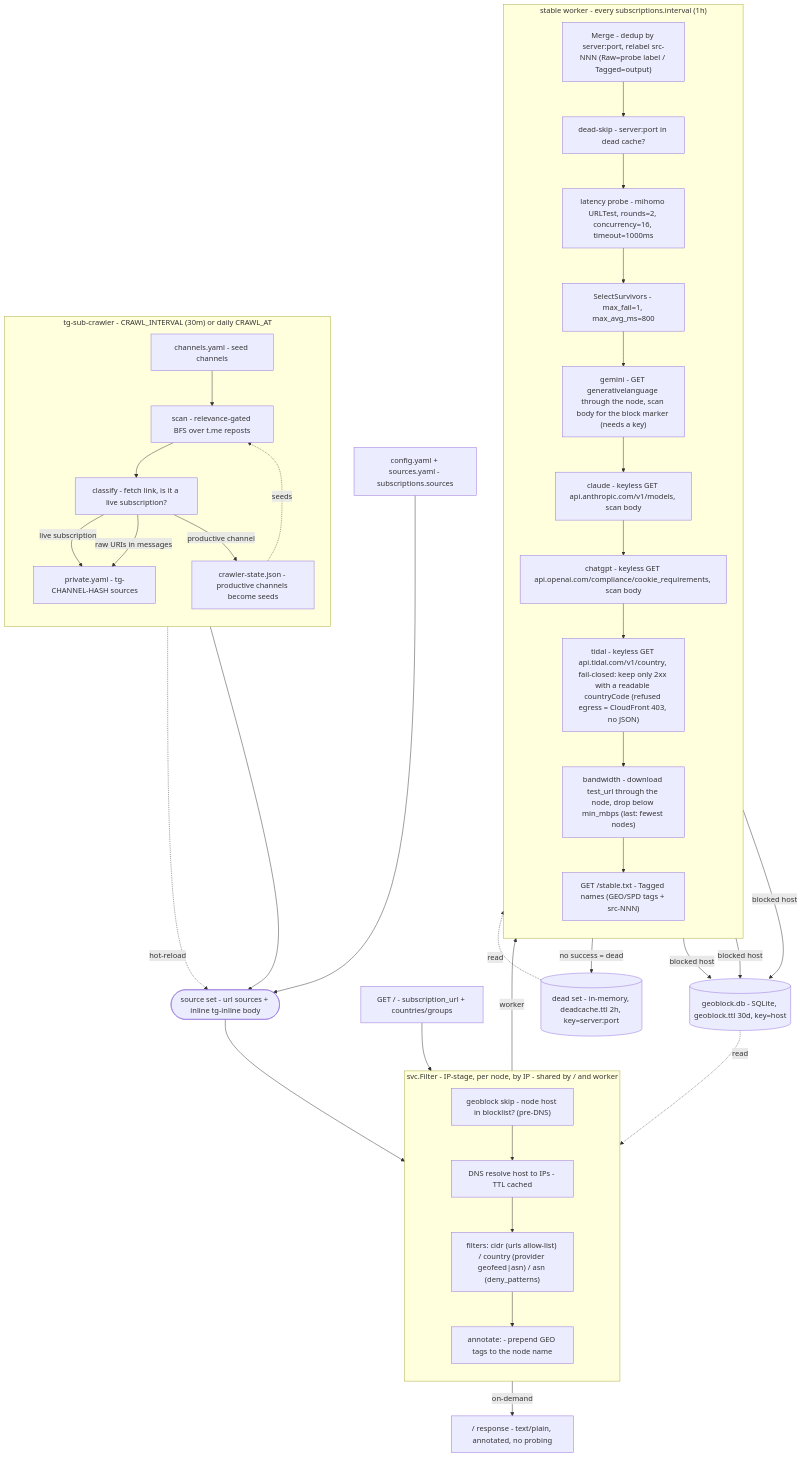
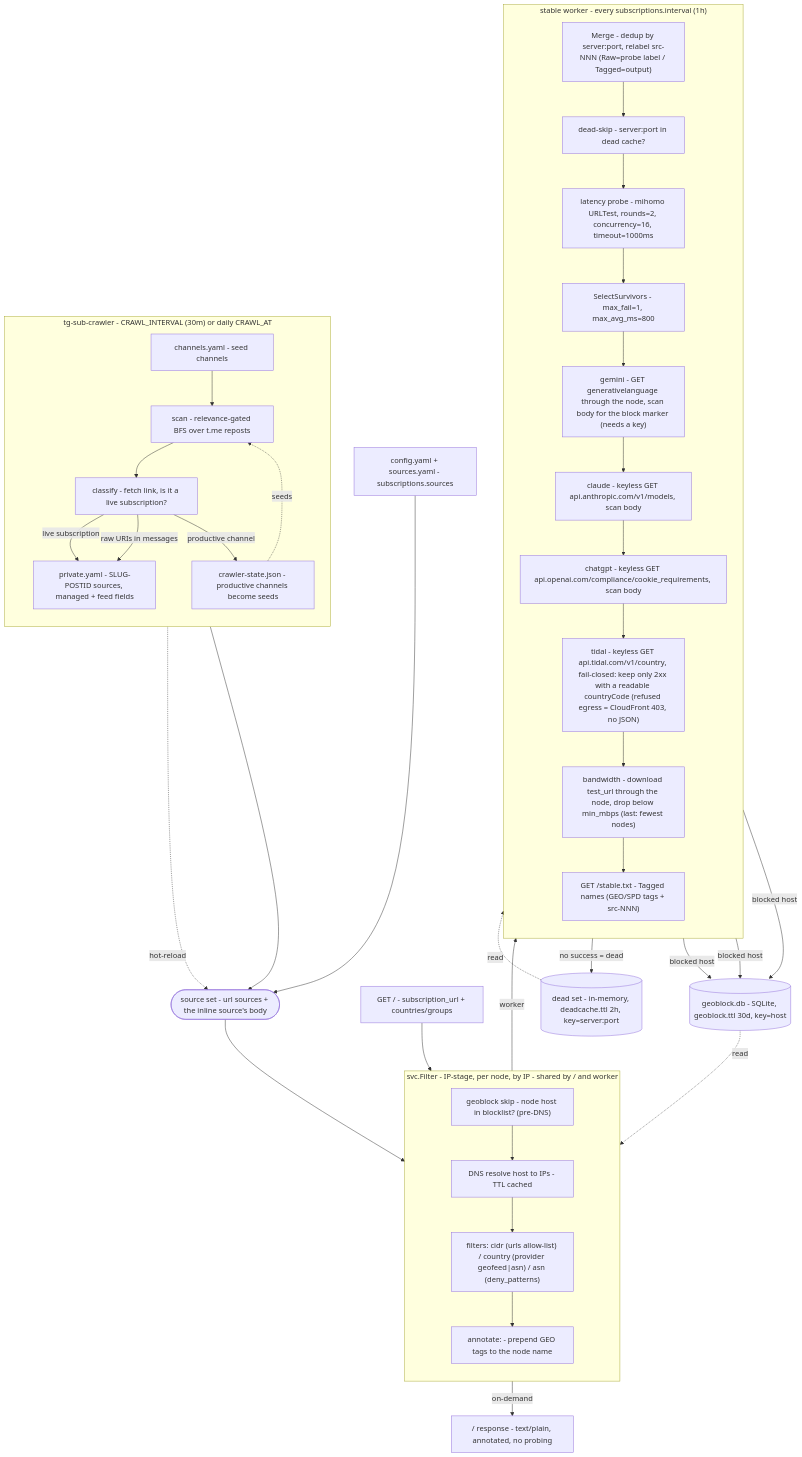
Before and after one commit to labi-le/sub-preprocessor: the diagram in pipeline.mmd, drawn with Mermaid. The commit also changed 7 other files, not shown here.

```diff
--- a/pipeline.mmd
+++ b/pipeline.mmd
@@ -1,69 +1,69 @@
 %% sub-preprocessor - processing pipeline
 %% ONE ordered `filters:` list feeds two stages:
 %%   IP-stage      = cidr/country/asn, per node by IP, on / and the worker
 %%   through-node  = gemini/claude/chatgpt/tidal/bandwidth, worker only
 flowchart TD
   %% ================= Crawler =================
   subgraph CRAWLER["tg-sub-crawler - CRAWL_INTERVAL (30m) or daily CRAWL_AT"]
     direction TB
     CH["channels.yaml - seed channels"]
     SCAN["scan - relevance-gated BFS over t.me reposts"]
     CLS["classify - fetch link, is it a live subscription?"]
     STATE["crawler-state.json - productive channels become seeds"]
     CH --> SCAN --> CLS
-    CLS -->|live subscription| PRIV["private.yaml - tg-CHANNEL-HASH sources"]
+    CLS -->|live subscription| PRIV["private.yaml - SLUG-POSTID sources, managed + feed fields"]
     CLS -->|raw URIs in messages| PRIV
     CLS -->|productive channel| STATE
     STATE -. seeds .-> SCAN
   end
 
   %% ================= Source set =================
   CFG["config.yaml + sources.yaml - subscriptions.sources"]
-  SRC(["source set - url sources + inline tg-inline body"])
+  SRC(["source set - url sources + the inline source's body"])
   CFG --> SRC
   PRIV --> SRC
   PRIV -. hot-reload .-> SRC
 
   %% ================= IP-stage filters (shared by both paths) =================
   subgraph FILTER["svc.Filter - IP-stage, per node, by IP - shared by / and worker"]
     direction TB
     GBH["geoblock skip - node host in blocklist? (pre-DNS)"]
     RES["DNS resolve host to IPs - TTL cached"]
     IPF["filters: cidr (urls allow-list) / country (provider geofeed|asn) / asn (deny_patterns)"]
     ANN["annotate: - prepend GEO tags to the node name"]
     GBH --> RES --> IPF --> ANN
   end
 
   %% ================= On-demand path (/) =================
   REQ["GET / - subscription_url + countries/groups"] --> FILTER
   FILTER -->|on-demand| OUT1["/ response - text/plain, annotated, no probing"]
 
   %% ================= Stable worker =================
   subgraph WORKER["stable worker - every subscriptions.interval (1h)"]
     direction TB
     MERGE["Merge - dedup by server:port, relabel src-NNN (Raw=probe label / Tagged=output)"]
     DEAD["dead-skip - server:port in dead cache?"]
     LAT["latency probe - mihomo URLTest, rounds=2, concurrency=16, timeout=1000ms"]
     SEL["SelectSurvivors - max_fail=1, max_avg_ms=800"]
     GEM["gemini - GET generativelanguage through the node, scan body for the block marker (needs a key)"]
     CLA["claude - keyless GET api.anthropic.com/v1/models, scan body"]
     CGP["chatgpt - keyless GET api.openai.com/compliance/cookie_requirements, scan body"]
     TDL["tidal - keyless GET api.tidal.com/v1/country, fail-closed: keep only 2xx with a readable countryCode (refused egress = CloudFront 403, no JSON)"]
     BWD["bandwidth - download test_url through the node, drop below min_mbps (last: fewest nodes)"]
     PUBL["GET /stable.txt - Tagged names (GEO/SPD tags + src-NNN)"]
     MERGE --> DEAD --> LAT --> SEL --> GEM --> CLA --> CGP --> TDL --> BWD --> PUBL
   end
   SRC --> FILTER
   FILTER -->|worker| MERGE
 
   %% ================= Stores =================
   GEODB[("geoblock.db - SQLite, geoblock.ttl 30d, key=host")]
   DEADSET[("dead set - in-memory, deadcache.ttl 2h, key=server:port")]
   GEM -->|blocked host| GEODB
   CLA -->|blocked host| GEODB
   CGP -->|blocked host| GEODB
   %% tidal writes nothing: its verdict is a bare status code, too weak a signal
   %% to persist host-wide for the store's TTL.
   GEODB -. read .-> GBH
   LAT -->|no success = dead| DEADSET
   DEADSET -. read .-> DEAD
```
